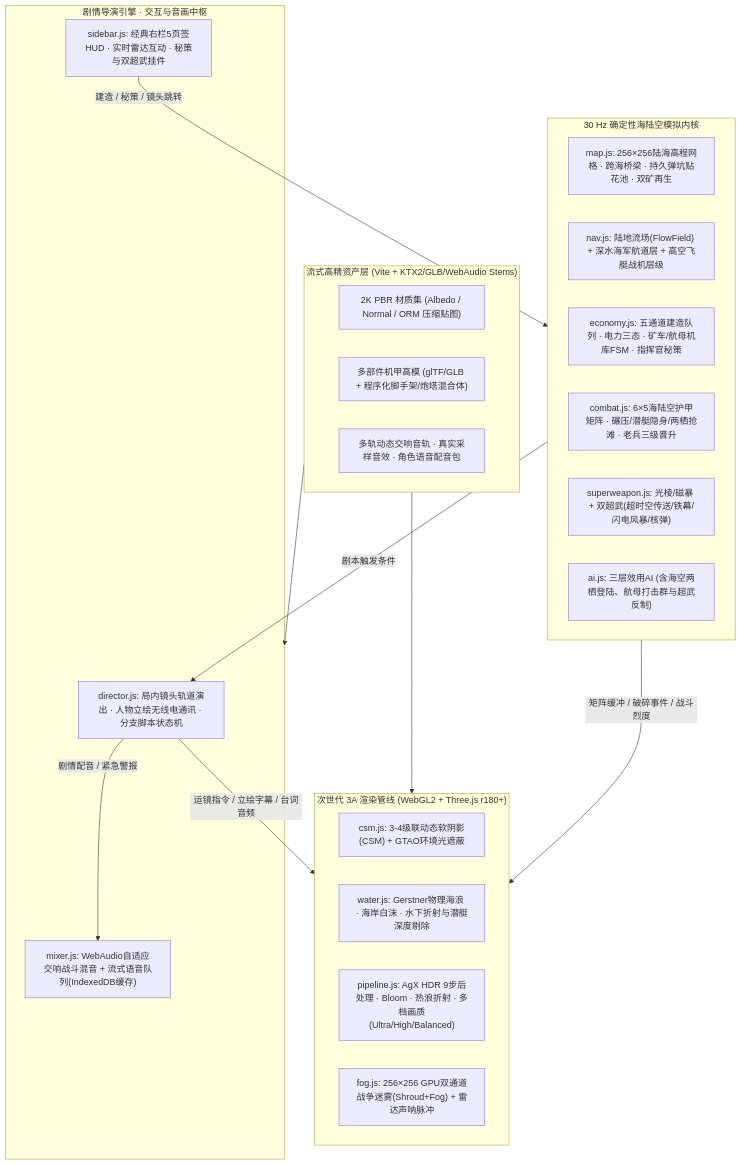
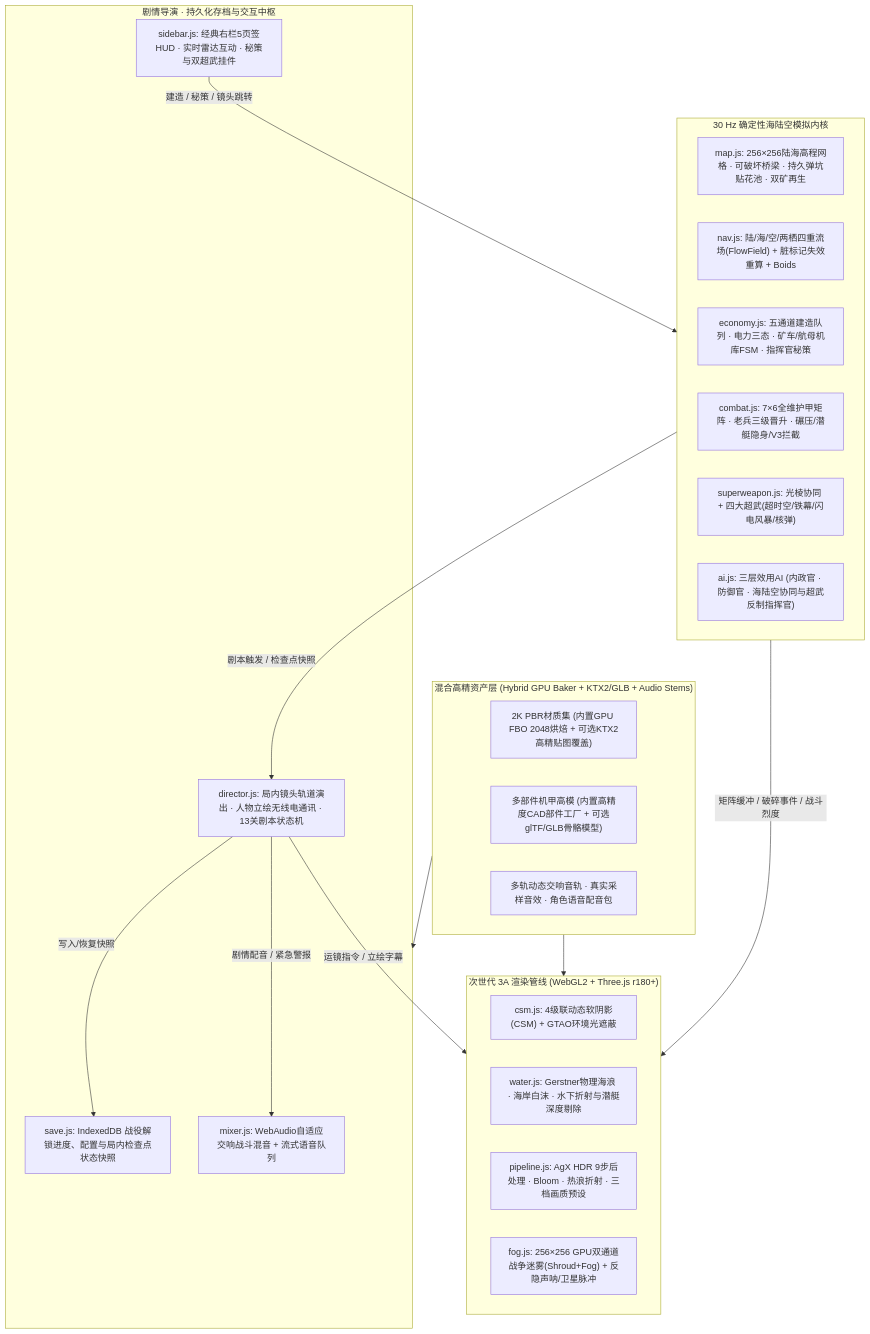
Before and after one commit to mullvadcat/RedAlert3A: the first of 2 diagrams in docs/SDD.md, drawn with Mermaid. The commit also changed other lines of this file and 2 other files, not shown here.

Commit message:
docs: refine README, PRD, and SDD to v2.1 per architecture and balance review

````diff
--- a/docs/SDD.md
+++ b/docs/SDD.md
@@ -13,38 +13,40 @@
 ```mermaid
 flowchart TB
-    subgraph Assets["流式高精资产层 (Vite + KTX2/GLB/WebAudio Stems)"]
-        TEX["2K PBR 材质集 (Albedo / Normal / ORM 压缩贴图)"]
-        MDL["多部件机甲高模 (glTF/GLB + 程序化脚手架/炮塔混合体)"]
+    subgraph Assets["混合高精资产层 (Hybrid GPU Baker + KTX2/GLB + Audio Stems)"]
+        TEX["2K PBR材质集 (内置GPU FBO 2048烘焙 + 可选KTX2高精贴图覆盖)"]
+        MDL["多部件机甲高模 (内置高精度CAD部件工厂 + 可选glTF/GLB骨骼模型)"]
         SND["多轨动态交响音轨 · 真实采样音效 · 角色语音配音包"]
     end
 
     subgraph Presentation["次世代 3A 渲染管线 (WebGL2 + Three.js r180+)"]
-        CSM["csm.js: 3-4级联动态软阴影(CSM) + GTAO环境光遮蔽"]
+        CSM["csm.js: 4级联动态软阴影(CSM) + GTAO环境光遮蔽"]
         WTR["water.js: Gerstner物理海浪 · 海岸白沫 · 水下折射与潜艇深度剔除"]
-        RP["pipeline.js: AgX HDR 9步后处理 · Bloom · 热浪折射 · 多档画质(Ultra/High/Balanced)"]
-        FOG["fog.js: 256×256 GPU双通道战争迷雾(Shroud+Fog) + 雷达声呐脉冲"]
+        RP["pipeline.js: AgX HDR 9步后处理 · Bloom · 热浪折射 · 三档画质预设"]
+        FOG["fog.js: 256×256 GPU双通道战争迷雾(Shroud+Fog) + 反隐声呐/卫星脉冲"]
     end
 
     subgraph Simulation["30 Hz 确定性海陆空模拟内核"]
-        MAP["map.js: 256×256陆海高程网格 · 跨海桥梁 · 持久弹坑贴花池 · 双矿再生"]
-        NAV["nav.js: 陆地流场(FlowField) + 深水海军航道层 + 高空飞艇战机层级"]
+        MAP["map.js: 256×256陆海高程网格 · 可破坏桥梁 · 持久弹坑贴花池 · 双矿再生"]
+        NAV["nav.js: 陆/海/空/两栖四重流场(FlowField) + 脏标记失效重算 + Boids"]
         ECO["economy.js: 五通道建造队列 · 电力三态 · 矿车/航母机库FSM · 指挥官秘策"]
-        CMB["combat.js: 6×5海陆空护甲矩阵 · 碾压/潜艇隐身/两栖抢滩 · 老兵三级晋升"]
-        SW["superweapon.js: 光棱/磁暴 + 双超武(超时空传送/铁幕/闪电风暴/核弹)"]
-        AI["ai.js: 三层效用AI (含海空两栖登陆、航母打击群与超武反制)"]
+        CMB["combat.js: 7×6全维护甲矩阵 · 老兵三级晋升 · 碾压/潜艇隐身/V3拦截"]
+        SW["superweapon.js: 光棱协同 + 四大超武(超时空/铁幕/闪电风暴/核弹)"]
+        AI["ai.js: 三层效用AI (内政官 · 防御官 · 海陆空协同与超武反制指挥官)"]
     end
 
-    subgraph StoryUI["剧情导演引擎 · 交互与音画中枢"]
-        DIR["director.js: 局内镜头轨道演出 · 人物立绘无线电通讯 · 分支脚本状态机"]
+    subgraph StoryUI["剧情导演 · 持久化存档与交互中枢"]
+        SAVE["save.js: IndexedDB 战役解锁进度、配置与局内检查点状态快照"]
+        DIR["director.js: 局内镜头轨道演出 · 人物立绘无线电通讯 · 13关剧本状态机"]
         SIDE["sidebar.js: 经典右栏5页签HUD · 实时雷达互动 · 秘策与双超武挂件"]
-        AUD["mixer.js: WebAudio自适应交响战斗混音 + 流式语音队列(IndexedDB缓存)"]
+        AUD["mixer.js: WebAudio自适应交响战斗混音 + 流式语音队列"]
     end
 
     Assets --> Presentation
     Assets --> StoryUI
     SIDE -->|"建造 / 秘策 / 镜头跳转"| Simulation
     Simulation -->|"矩阵缓冲 / 破碎事件 / 战斗烈度"| Presentation
-    Simulation -->|"剧本触发条件"| DIR
-    DIR -->|"运镜指令 / 立绘字幕 / 台词音频"| Presentation
+    Simulation -->|"剧本触发 / 检查点快照"| DIR
+    DIR -->|"写入/恢复快照"| SAVE
+    DIR -->|"运镜指令 / 立绘字幕"| Presentation
     DIR -->|"剧情配音 / 紧急警报"| AUD
 ```
````
